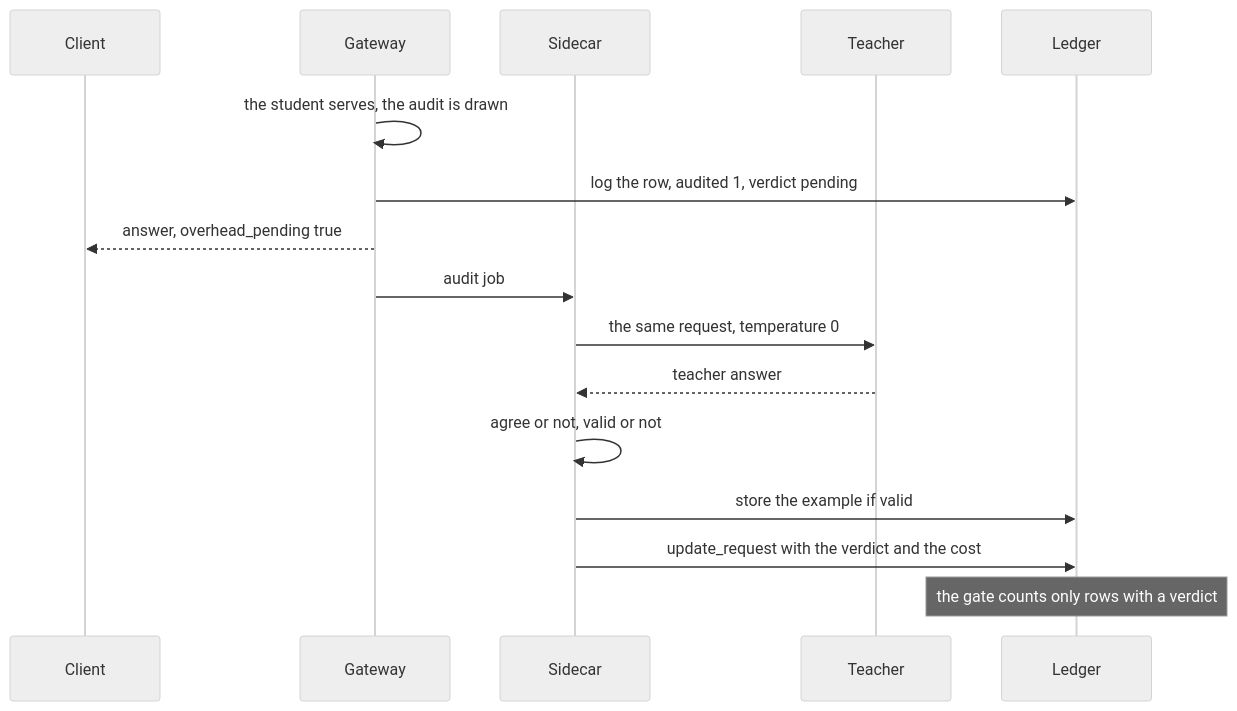
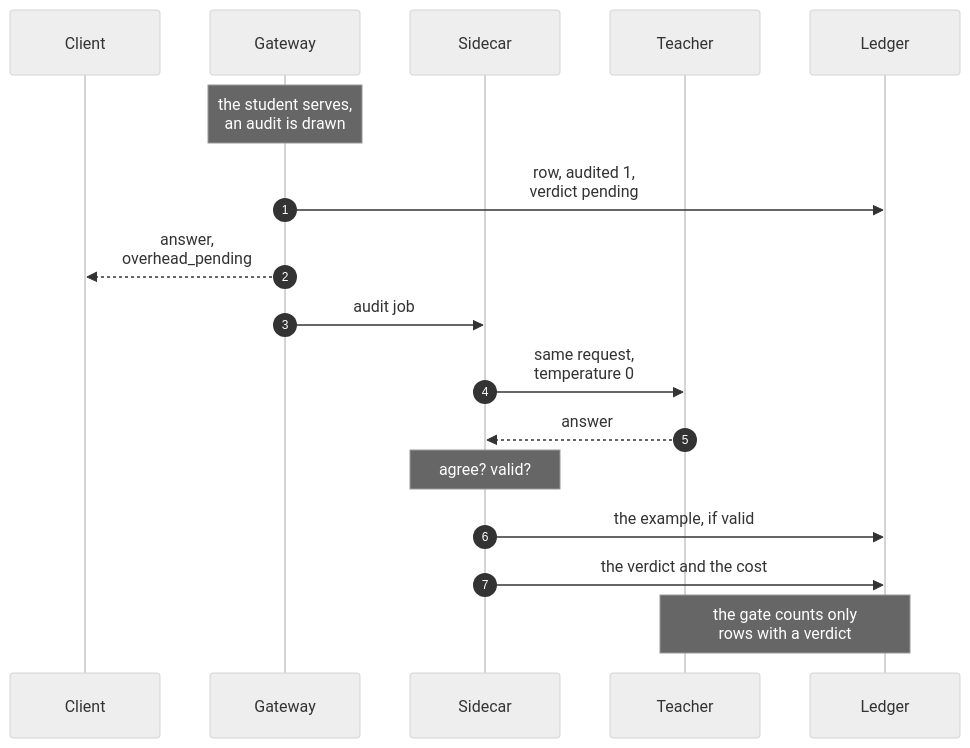
The second of 5 diagrams in docs-site/src/content/docs/guides/escalation-and-audits.mdx (harshbhx/ratchet), drawn with Mermaid (neutral theme) before and after one commit. The commit also changed other lines of this file and 25 other files, not shown here.

````diff
--- a/docs-site/src/content/docs/guides/escalation-and-audits.mdx
+++ b/docs-site/src/content/docs/guides/escalation-and-audits.mdx
@@ -131,18 +161,19 @@
 ```mermaid
 sequenceDiagram
-    participant C as Client
-    participant G as Gateway
-    participant Q as Sidecar
-    participant T as Teacher
-    participant L as Ledger
-    G->>G: the student serves, the audit is drawn
-    G->>L: log the row, audited 1, verdict pending
-    G-->>C: answer, overhead_pending true
-    G->>Q: audit job
-    Q->>T: the same request, temperature 0
-    T-->>Q: teacher answer
-    Q->>Q: agree or not, valid or not
-    Q->>L: store the example if valid
-    Q->>L: update_request with the verdict and the cost
-    Note over L: the gate counts only rows with a verdict
+  autonumber
+  participant C as Client
+  participant G as Gateway
+  participant Q as Sidecar
+  participant Teacher as Teacher
+  participant Ledger as Ledger
+  Note over G: the student serves,<br/>an audit is drawn
+  G->>Ledger: row, audited 1,<br/>verdict pending
+  G-->>C: answer,<br/>overhead_pending
+  G->>Q: audit job
+  Q->>Teacher: same request,<br/>temperature 0
+  Teacher-->>Q: answer
+  Note over Q: agree? valid?
+  Q->>Ledger: the example, if valid
+  Q->>Ledger: the verdict and the cost
+  Note over Teacher,Ledger: the gate counts only<br/>rows with a verdict
 ```
````
